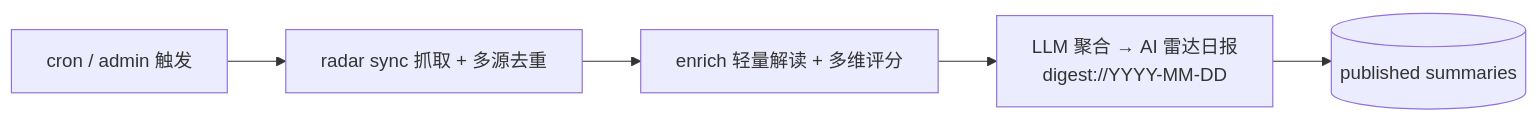
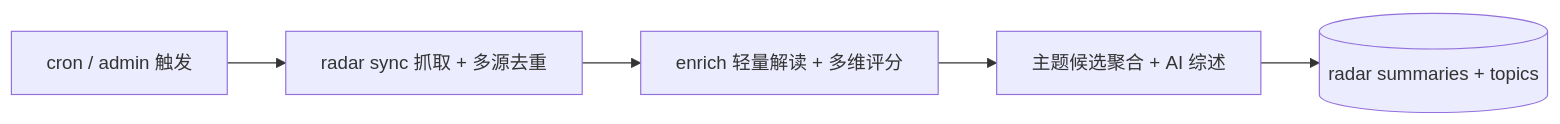
One commit to csbpku/deep_research changed the second of 2 diagrams in docs/ARCHITECTURE.md. Above: the diagram before and after it, drawn with Mermaid. The commit also changed other lines of this file and 123 other files, not shown here.

````diff
--- a/docs/ARCHITECTURE.md
+++ b/docs/ARCHITECTURE.md
@@ -183,10 +182,10 @@
 ```mermaid
 flowchart LR
     T["cron / admin 触发"]
     Sync["radar sync 抓取 + 多源去重"]
     Enrich["enrich 轻量解读 + 多维评分"]
-    Digest["LLM 聚合 → AI 雷达日报<br/>digest://YYYY-MM-DD"]
-    Store[("published summaries")]
+    Topics["主题候选聚合 + AI 综述"]
+    Store[("radar summaries + topics")]
 
-    T --> Sync --> Enrich --> Digest --> Store
+    T --> Sync --> Enrich --> Topics --> Store
 ```
````
